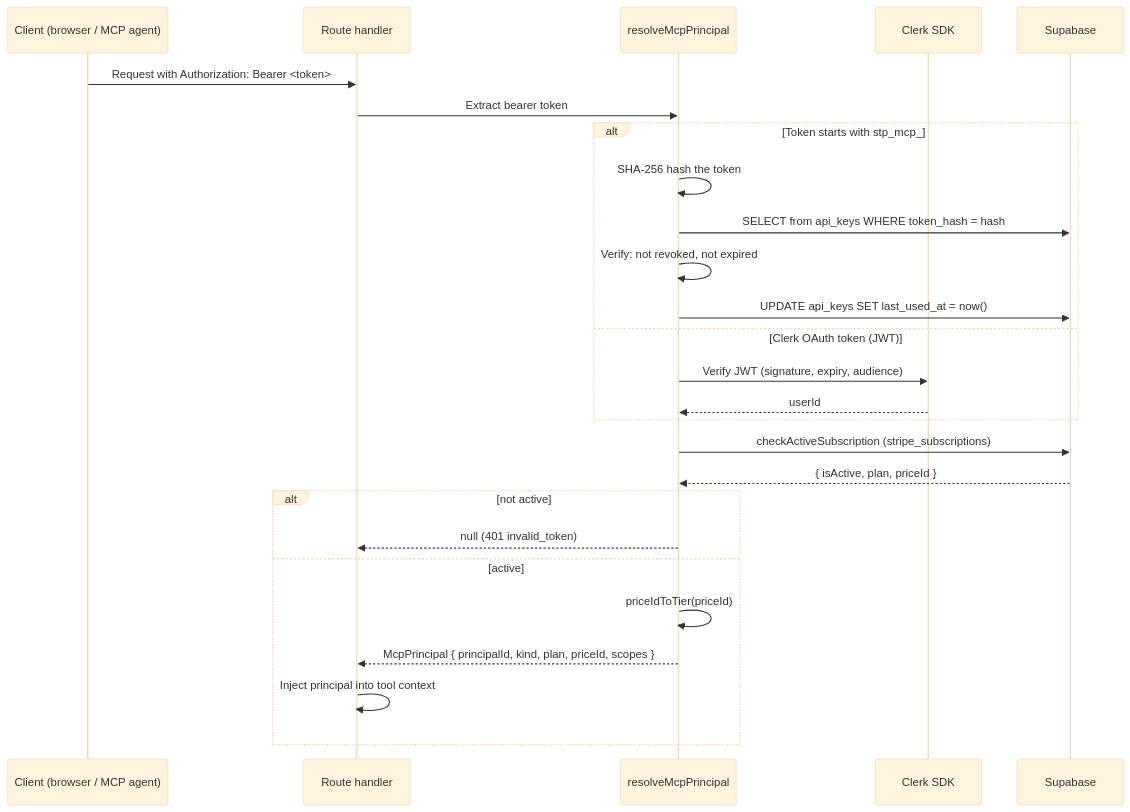
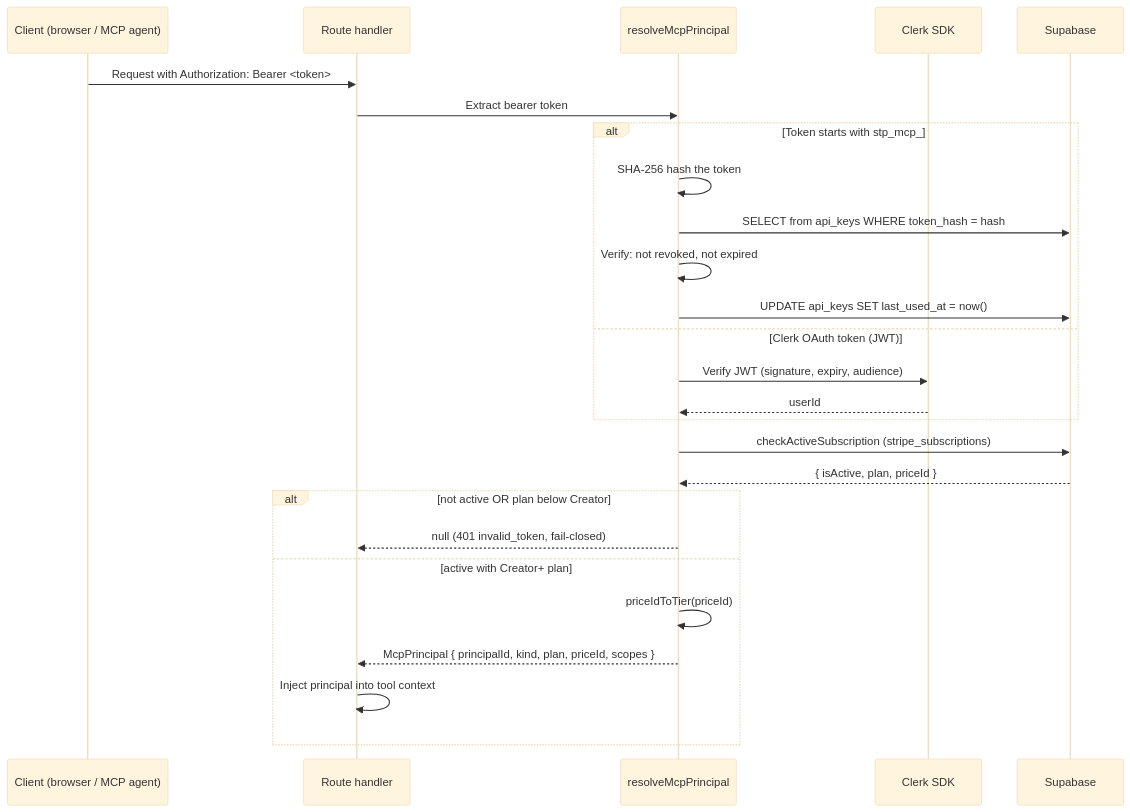
One commit to Andy00L/sharetopus changed the second of 6 diagrams in docs/SECURITY.md. Above: the diagram before and after it, drawn with Mermaid (base theme). The commit also changed other lines of this file and 23 other files, not shown here.

````diff
--- a/docs/SECURITY.md
+++ b/docs/SECURITY.md
@@ -29,32 +73,32 @@
 ```mermaid
 sequenceDiagram
     participant C as Client (browser / MCP agent)
     participant R as Route handler
     participant A as resolveMcpPrincipal
     participant Clerk as Clerk SDK
     participant DB as Supabase
 
     C->>R: Request with Authorization: Bearer <token>
     R->>A: Extract bearer token
 
     alt Token starts with stp_mcp_
         A->>A: SHA-256 hash the token
         A->>DB: SELECT from api_keys WHERE token_hash = hash
         A->>A: Verify: not revoked, not expired
         A->>DB: UPDATE api_keys SET last_used_at = now()
     else Clerk OAuth token (JWT)
         A->>Clerk: Verify JWT (signature, expiry, audience)
         Clerk-->>A: userId
     end
 
     A->>DB: checkActiveSubscription (stripe_subscriptions)
     DB-->>A: { isActive, plan, priceId }
 
-    alt not active
-        A-->>R: null (401 invalid_token)
-    else active
+    alt not active OR plan below Creator
+        A-->>R: null (401 invalid_token, fail-closed)
+    else active with Creator+ plan
         A->>A: priceIdToTier(priceId)
         A-->>R: McpPrincipal { principalId, kind, plan, priceId, scopes }
         R->>R: Inject principal into tool context
     end
 ```
````
